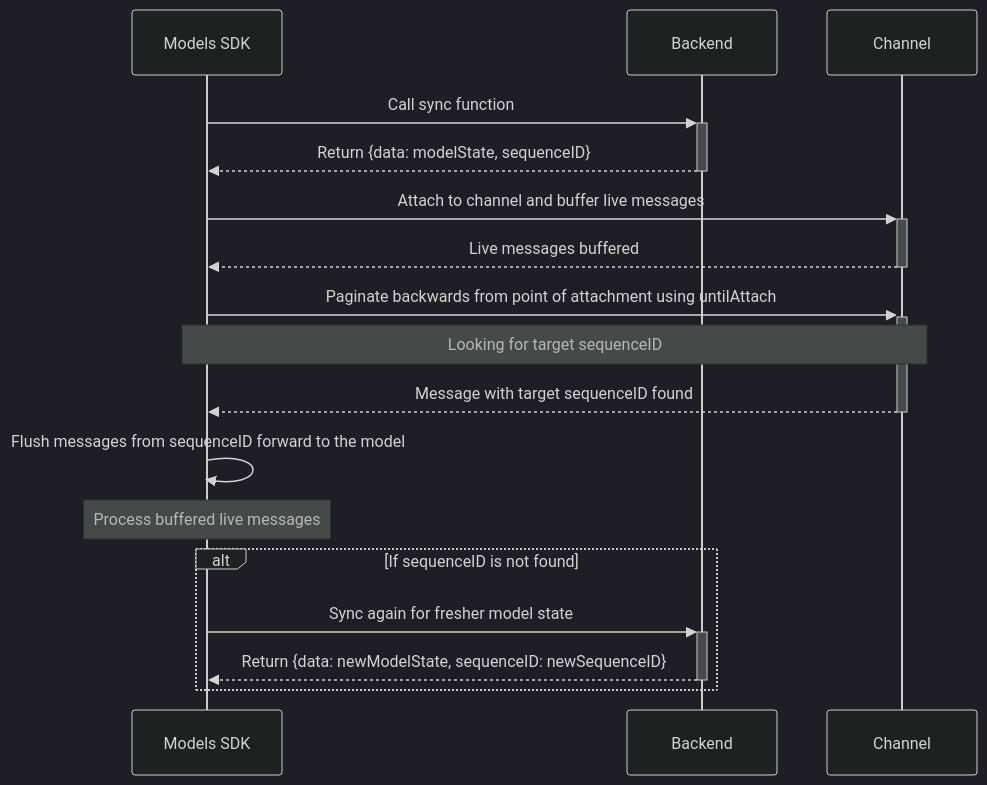
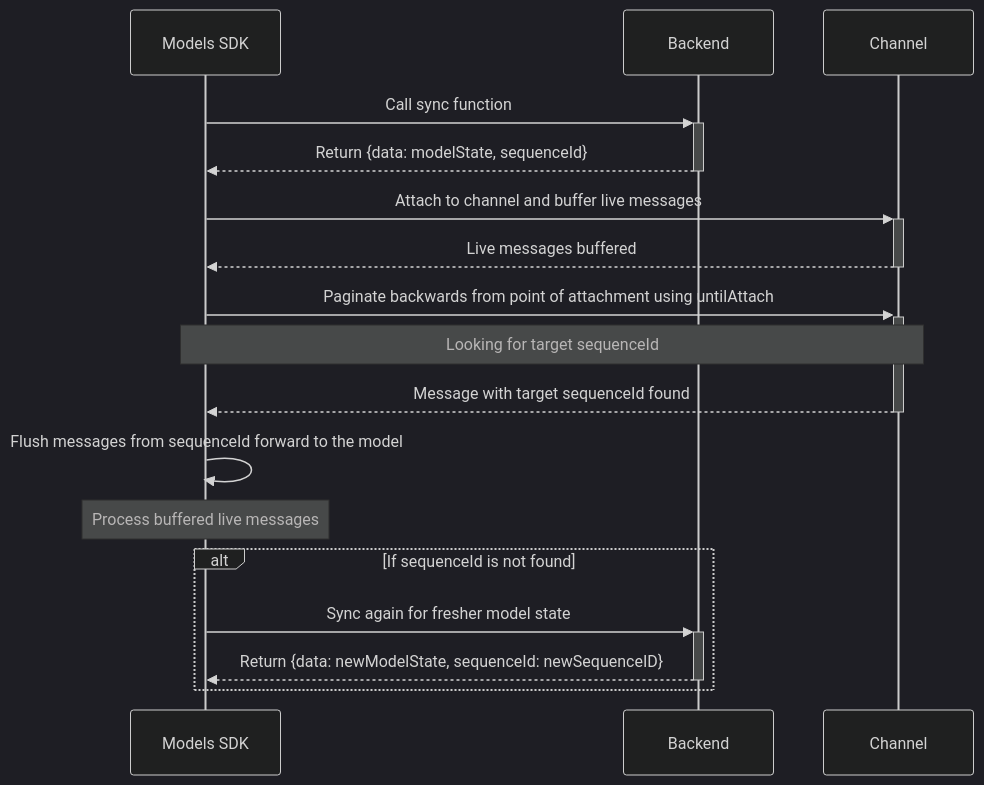
One commit to ably-labs/models changed the second of 2 diagrams in docs/replay.md. Above: the diagram before and after it, drawn with Mermaid (dark theme). The commit also changed other lines of this file and 20 other files, not shown here.

Commit message:
Change mutationID and sequenceID to camelCase

````diff
--- a/docs/replay.md
+++ b/docs/replay.md
@@ -39,20 +39,20 @@
 ```mermaid
 sequenceDiagram
     participant SDK as Models SDK
     participant Backend
     participant Channel
 
     SDK->>+Backend: Call sync function
-    Backend-->>-SDK: Return {data: modelState, sequenceID}
+    Backend-->>-SDK: Return {data: modelState, sequenceId}
     SDK->>+Channel: Attach to channel and buffer live messages
     Channel-->>-SDK: Live messages buffered
     SDK->>+Channel: Paginate backwards from point of attachment using untilAttach
-    Note over SDK,Channel: Looking for target sequenceID
-    Channel-->>-SDK: Message with target sequenceID found
-    SDK->>SDK: Flush messages from sequenceID forward to the model
+    Note over SDK,Channel: Looking for target sequenceId
+    Channel-->>-SDK: Message with target sequenceId found
+    SDK->>SDK: Flush messages from sequenceId forward to the model
     Note over SDK: Process buffered live messages
-    alt If sequenceID is not found
+    alt If sequenceId is not found
         SDK->>+Backend: Sync again for fresher model state
-        Backend-->>-SDK: Return {data: newModelState, sequenceID: newSequenceID}
+        Backend-->>-SDK: Return {data: newModelState, sequenceId: newSequenceID}
     end
 ```
````
